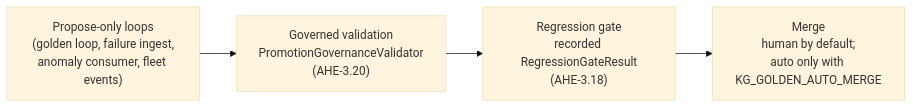
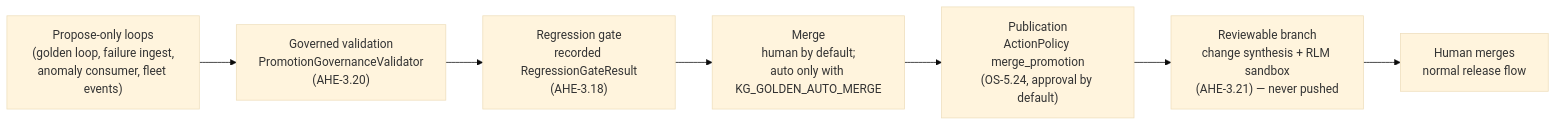
One commit to Knuckles-Team/agent-utilities changed the diagram in docs/guides/autonomous-evolution.md. Above: the diagram before and after it, drawn with Mermaid (base theme). The commit also changed other lines of this file and 11 other files, not shown here.

Commit message:
feat(AHE-3.21): evolution-to-PR bridge — change synthesis, ChangePublisher seam, governed publish_proposal action

````diff
--- a/docs/guides/autonomous-evolution.md
+++ b/docs/guides/autonomous-evolution.md
@@ -18,6 +18,9 @@
 ```mermaid
 flowchart LR
     A["Propose-only loops<br/>(golden loop, failure ingest,<br/>anomaly consumer, fleet events)"] --> B["Governed validation<br/>PromotionGovernanceValidator<br/>(AHE-3.20)"]
     B --> C["Regression gate<br/>recorded RegressionGateResult<br/>(AHE-3.18)"]
     C --> D["Merge<br/>human by default;<br/>auto only with KG_GOLDEN_AUTO_MERGE"]
+    D --> E["Publication<br/>ActionPolicy merge_promotion<br/>(OS-5.24, approval by default)"]
+    E --> F["Reviewable branch<br/>change synthesis + RLM sandbox<br/>(AHE-3.21) — never pushed"]
+    F --> G["Human merges<br/>normal release flow"]
 ```
````
